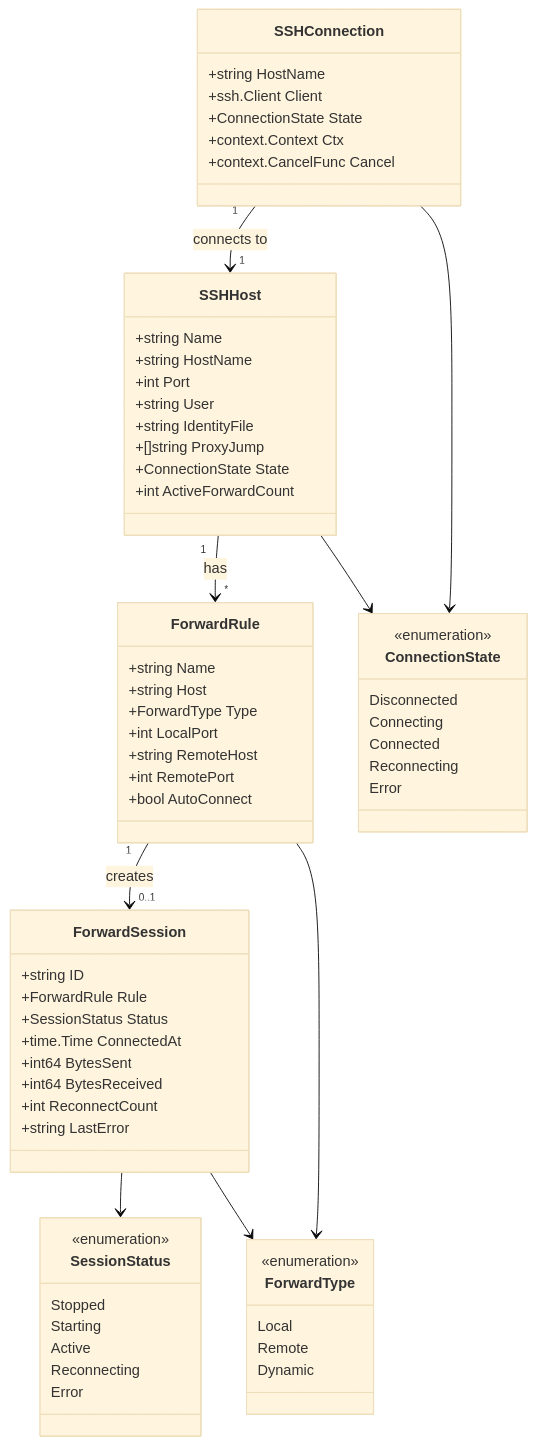
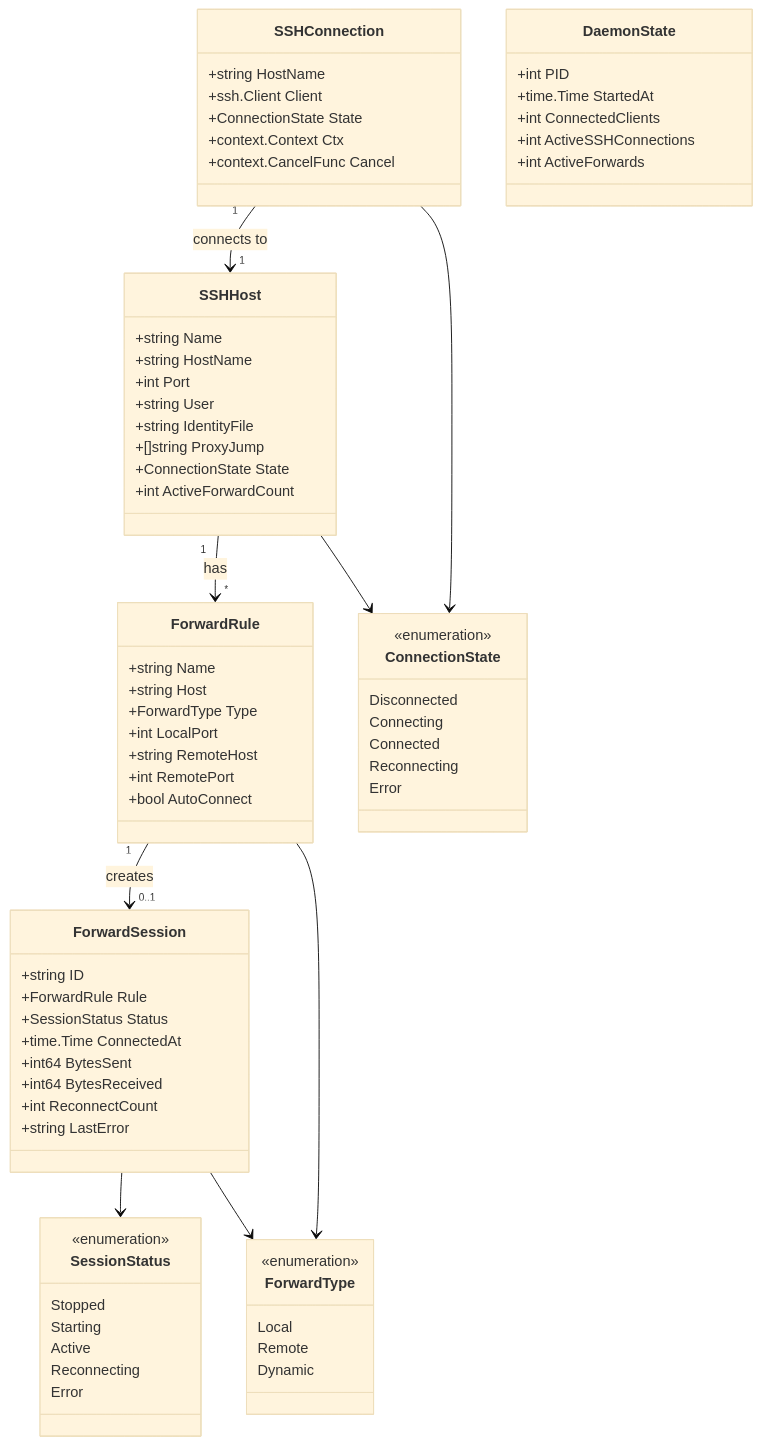
The second of 4 diagrams in docs/architecture/data-model.md (ousiassllc/MolePort), drawn with Mermaid (base theme) before and after one commit. The commit also changed other lines of this file, not shown here.

```diff
--- a/docs/architecture/data-model.md
+++ b/docs/architecture/data-model.md
@@ -207,6 +224,14 @@
         +context.CancelFunc Cancel
     }
 
+    class DaemonState {
+        +int PID
+        +time.Time StartedAt
+        +int ConnectedClients
+        +int ActiveSSHConnections
+        +int ActiveForwards
+    }
+
     class ConnectionState {
         <<enumeration>>
         Disconnected
```
